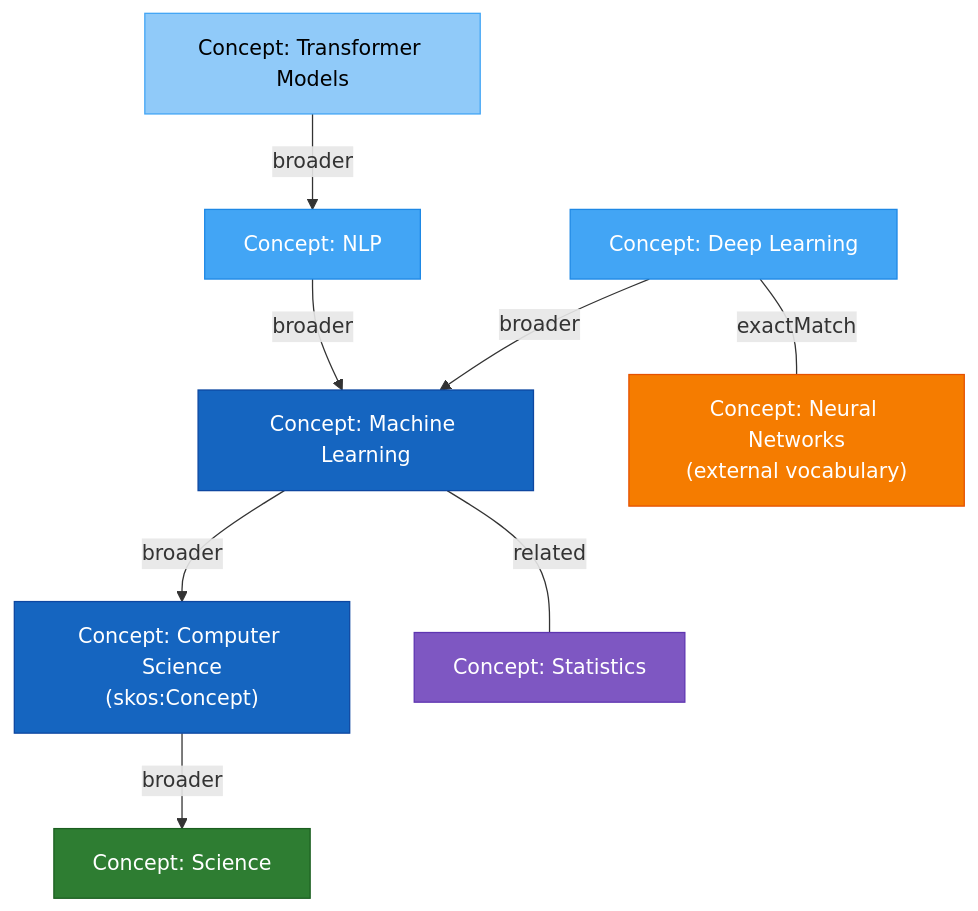
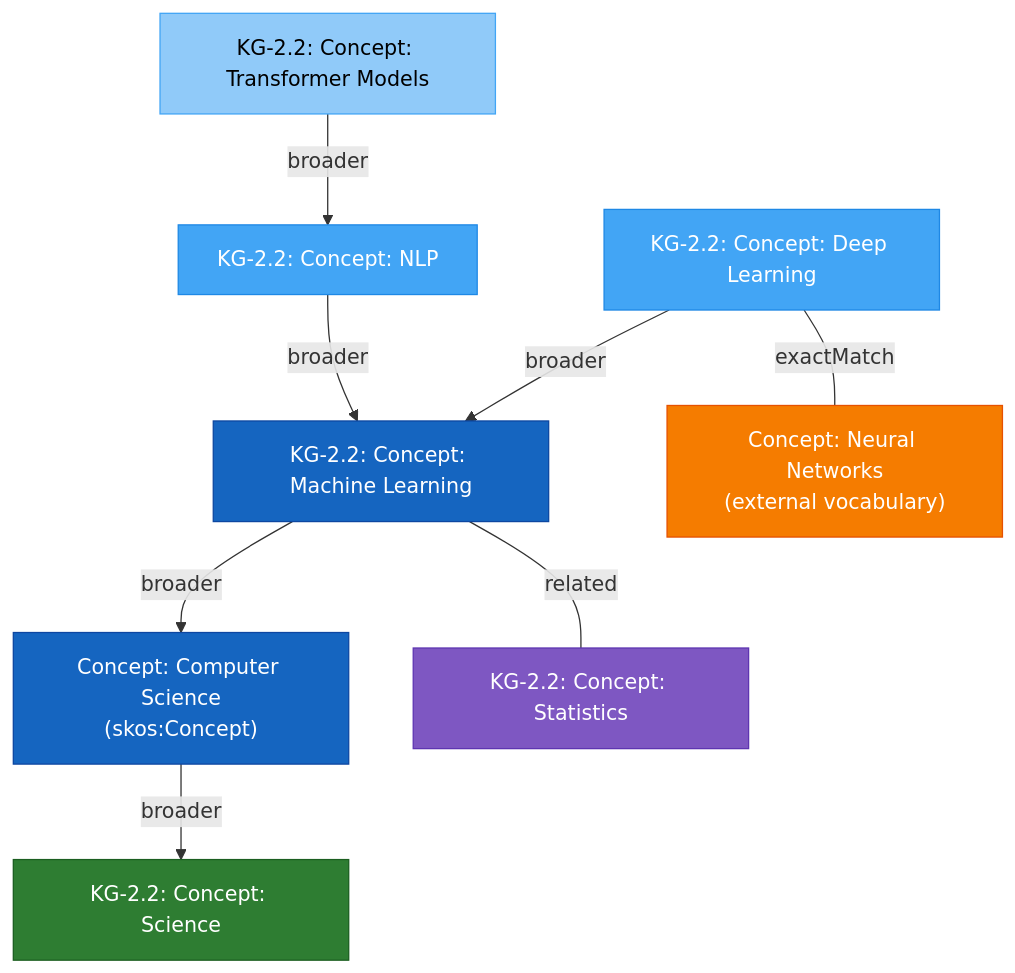
Before and after one commit to Knuckles-Team/agent-utilities: the fifth of 5 diagrams in docs/guides/knowledge-graph.md, drawn with Mermaid. The commit also changed other lines of this file and 325 other files, not shown here.

````diff
--- a/docs/guides/knowledge-graph.md
+++ b/docs/guides/knowledge-graph.md
@@ -527,20 +527,20 @@
 ```mermaid
 graph TD
-    A["Concept: Computer Science<br/>(skos:Concept)"] -->|broader| B["Concept: Science"]
-    C["Concept: Machine Learning"] -->|broader| A
-    D["Concept: Deep Learning"] -->|broader| C
-    E["Concept: NLP"] -->|broader| C
-    F["Concept: Transformer Models"] -->|broader| E
+    A["Concept: Computer Science<br/>(skos:Concept)"] -->|broader| B["KG-2.2: Concept: Science"]
+    C["KG-2.2: Concept: Machine Learning"] -->|broader| A
+    D["KG-2.2: Concept: Deep Learning"] -->|broader| C
+    E["KG-2.2: Concept: NLP"] -->|broader| C
+    F["KG-2.2: Concept: Transformer Models"] -->|broader| E
 
-    C ---|related| G["Concept: Statistics"]
+    C ---|related| G["KG-2.2: Concept: Statistics"]
     D ---|exactMatch| H["Concept: Neural Networks<br/>(external vocabulary)"]
 
     style A fill:#1565c0,stroke:#0d47a1,color:#fff
     style B fill:#2e7d32,stroke:#1b5e20,color:#fff
     style C fill:#1565c0,stroke:#0d47a1,color:#fff
     style D fill:#42a5f5,stroke:#1e88e5,color:#fff
     style E fill:#42a5f5,stroke:#1e88e5,color:#fff
     style F fill:#90caf9,stroke:#42a5f5,color:#000
     style G fill:#7e57c2,stroke:#5e35b1,color:#fff
     style H fill:#f57c00,stroke:#e65100,color:#fff
 ```
````
